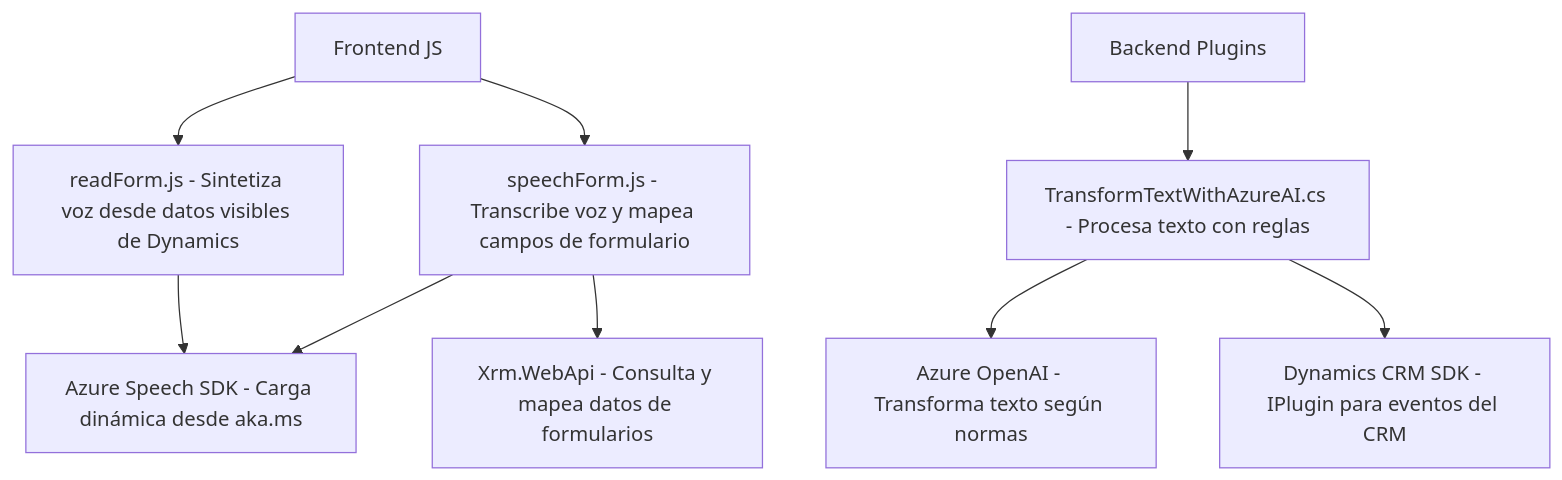
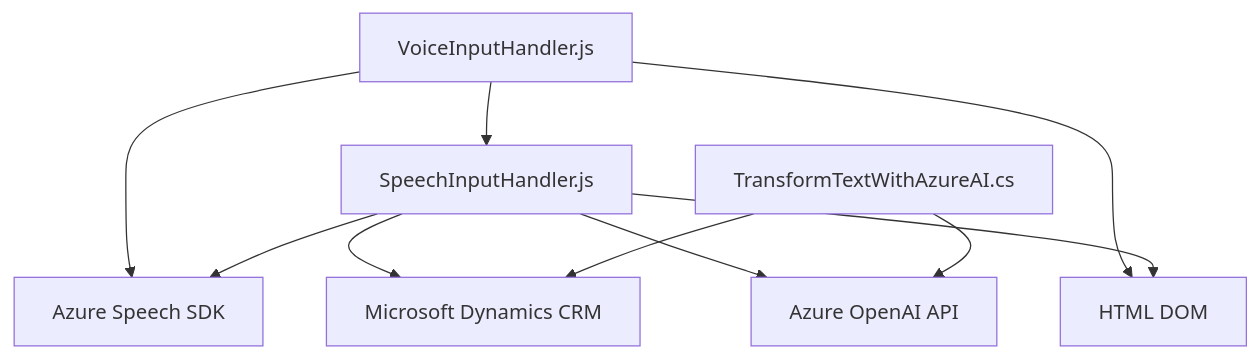
The diagram in README.md (blopezdm/NETCORE_BILBAO2025), drawn with Mermaid before and after one commit. The commit also changed other lines of this file, not shown here.

Commit message:
Actualizar análisis global de la solución con IA

````diff
--- a/README.md
+++ b/README.md
@@ -37,11 +38,20 @@
 ```mermaid
 graph TD
-A["Frontend JS"] --> B["readForm.js - Sintetiza voz desde datos visibles de Dynamics"]
-A --> C["speechForm.js - Transcribe voz y mapea campos de formulario"]
-B --> D["Azure Speech SDK - Carga dinámica desde aka.ms"]
-C --> D
-C --> E["Xrm.WebApi - Consulta y mapea datos de formularios"]
-F["Backend Plugins"] --> G["TransformTextWithAzureAI.cs - Procesa texto con reglas"]
-G --> H["Azure OpenAI - Transforma texto según normas"]
-G --> I["Dynamics CRM SDK - IPlugin para eventos del CRM"]
+    A["VoiceInputHandler.js"]
+    B["SpeechInputHandler.js"]
+    C["TransformTextWithAzureAI.cs"]
+    D["Azure Speech SDK"]
+    E["Microsoft Dynamics CRM"]
+    F["Azure OpenAI API"]
+    G["HTML DOM"]
+
+    A --> D
+    A --> B
+    B --> E
+    B --> F
+    B --> D
+    C --> F
+    C --> E
+    A --> G
+    B --> G
 ```
````
